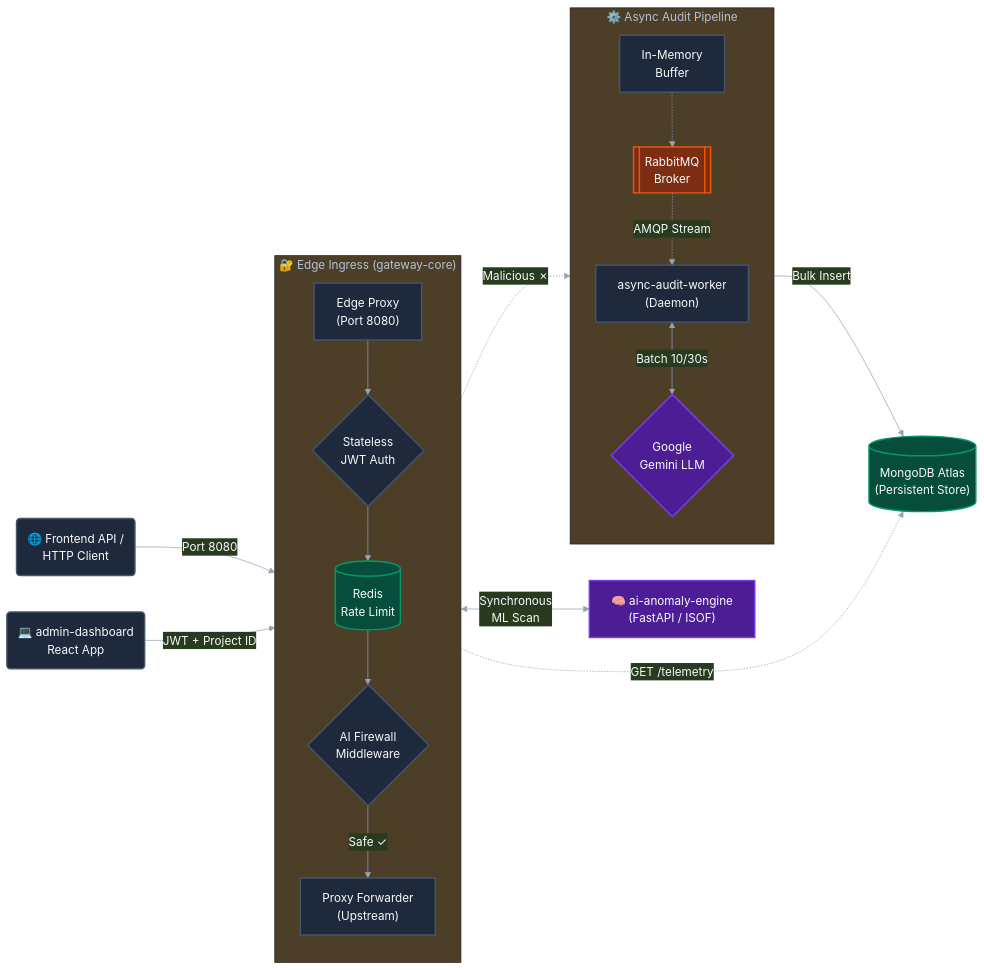
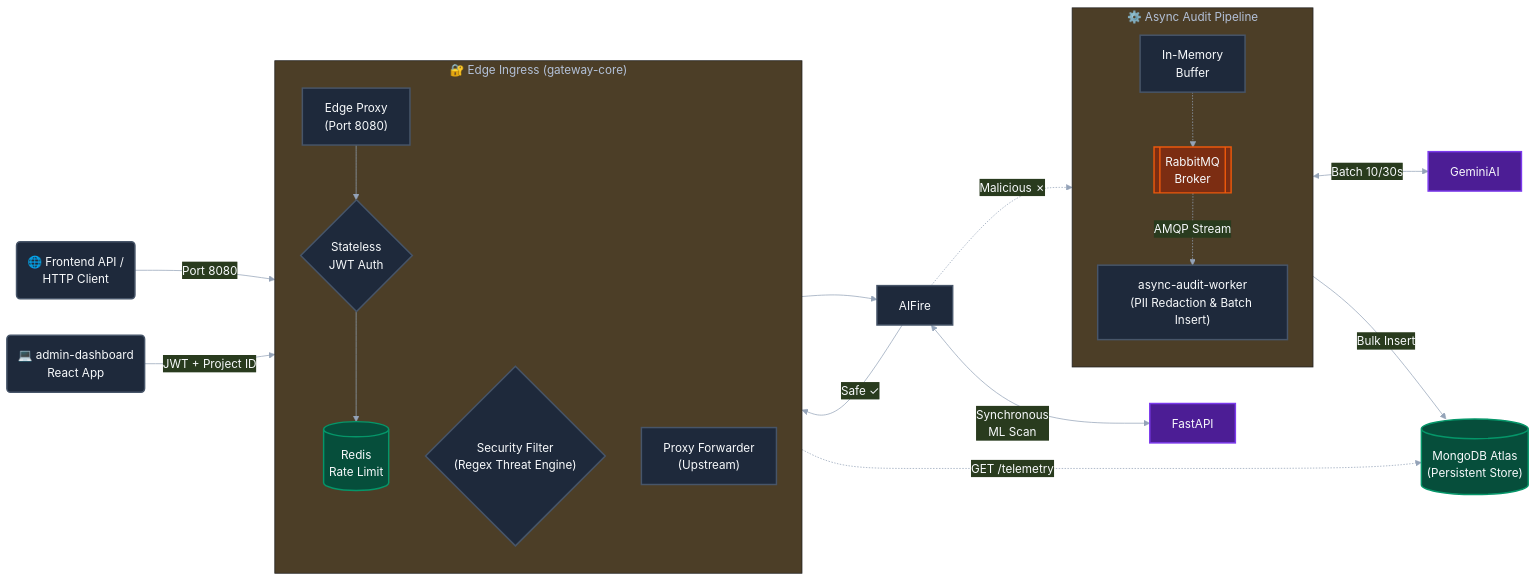
The diagram in README.md (RohitSirvi898/AegisGate), drawn with Mermaid before and after one commit. The commit also changed other lines of this file and 14 other files, not shown here.

Commit message:
refactor(core): remove AI anomaly engine & Gemini LLM in favor of edge securityFilter

````diff
--- a/README.md
+++ b/README.md
@@ -14,66 +14,62 @@
 ```mermaid
 %%{init: {'flowchart': {'htmlLabels': true, 'curve': 'bump'}, 'theme': 'base', 'themeVariables': { 'primaryColor': '#1e293b', 'primaryTextColor': '#f8fafc', 'primaryBorderColor': '#334155', 'lineColor': '#94a3b8'}}}%%
 graph LR
     %% External Entities
     Client("🌐 Frontend API /<br/>HTTP Client")
     DashApp("💻 admin-dashboard<br/>React App")
 
     %% Core Gateway Subgraph
     subgraph GWCore ["🔐 Edge Ingress (gateway-core)"]
         direction TB
         Ingress["Edge Proxy<br/>(Port 8080)"]
         JWT{"Stateless<br/>JWT Auth"}
         Redis[("Redis<br/>Rate Limit")]
-        AIFire{"AI Firewall<br/>Middleware"}
+        SecFilter{"Security Filter<br/>(Regex Threat Engine)"}
         Proxy["Proxy Forwarder<br/>(Upstream)"]
     end
-
-    %% AI Engine
-    FastAPI["🧠 ai-anomaly-engine<br/>(FastAPI / ISOF)"]
 
     %% Async Audit Subgraph
     subgraph AuditPlane ["⚙️ Async Audit Pipeline"]
         direction TB
         Queue["In-Memory<br/>Buffer"]
         RabbitMQ[["RabbitMQ<br/>Broker"]]
-        Worker["async-audit-worker<br/>(Daemon)"]
-        GeminiAI{"Google<br/>Gemini LLM"}
+        Worker["async-audit-worker<br/>(PII Redaction & Batch Insert)"]
     end
 
     %% Data Store
     Mongo[("MongoDB Atlas<br/>(Persistent Store)")]
 
     %% Flow connections
     Client -->|Port 8080| Ingress
     DashApp -->|JWT + Project ID| Ingress
 
     Ingress --> JWT
     JWT --> Redis
     Redis --> AIFire
 
     %% AI Sync loop
     AIFire <-->|Synchronous<br/>ML Scan| FastAPI
 
     %% Good traffic
     AIFire -->|Safe ✓| Proxy
 
     %% Bad traffic
     AIFire -.->|Malicious ✗| Queue
     Queue -.-> RabbitMQ
     RabbitMQ -.->|AMQP Stream| Worker
     Worker <-->|Batch 10/30s| GeminiAI
     Worker -->|Bulk Insert| Mongo
 
     %% Dashboard telemetry fetch
     Ingress -.->|GET /telemetry| Mongo
 
     %% Styling
     classDef default fill:#1e293b,stroke:#475569,stroke-width:2px,color:#f8fafc;
     classDef db fill:#064e3b,stroke:#059669,stroke-width:2px;
     classDef ai fill:#4c1d95,stroke:#7c3aed,stroke-width:2px;
     classDef broker fill:#7c2d12,stroke:#ea580c,stroke-width:2px;
 
     class Redis,Mongo db;
     class FastAPI,GeminiAI ai;
     class RabbitMQ broker;
 ```
````
